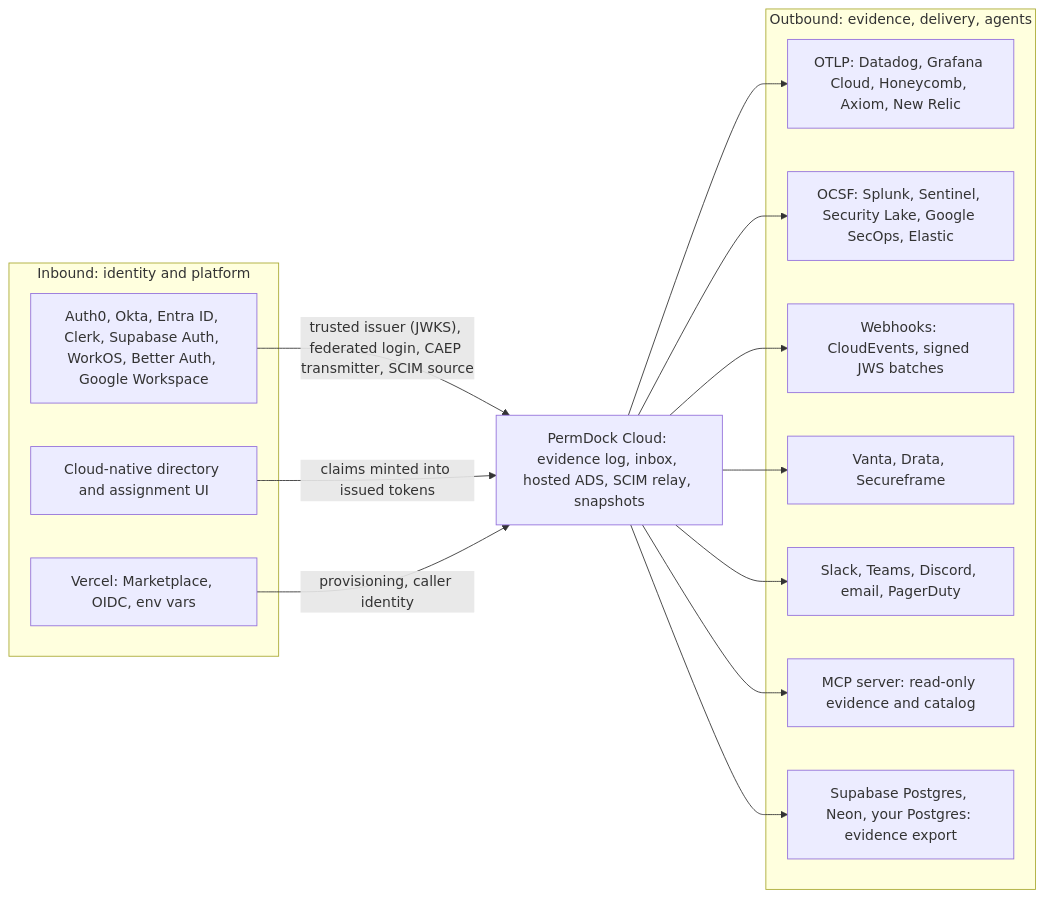
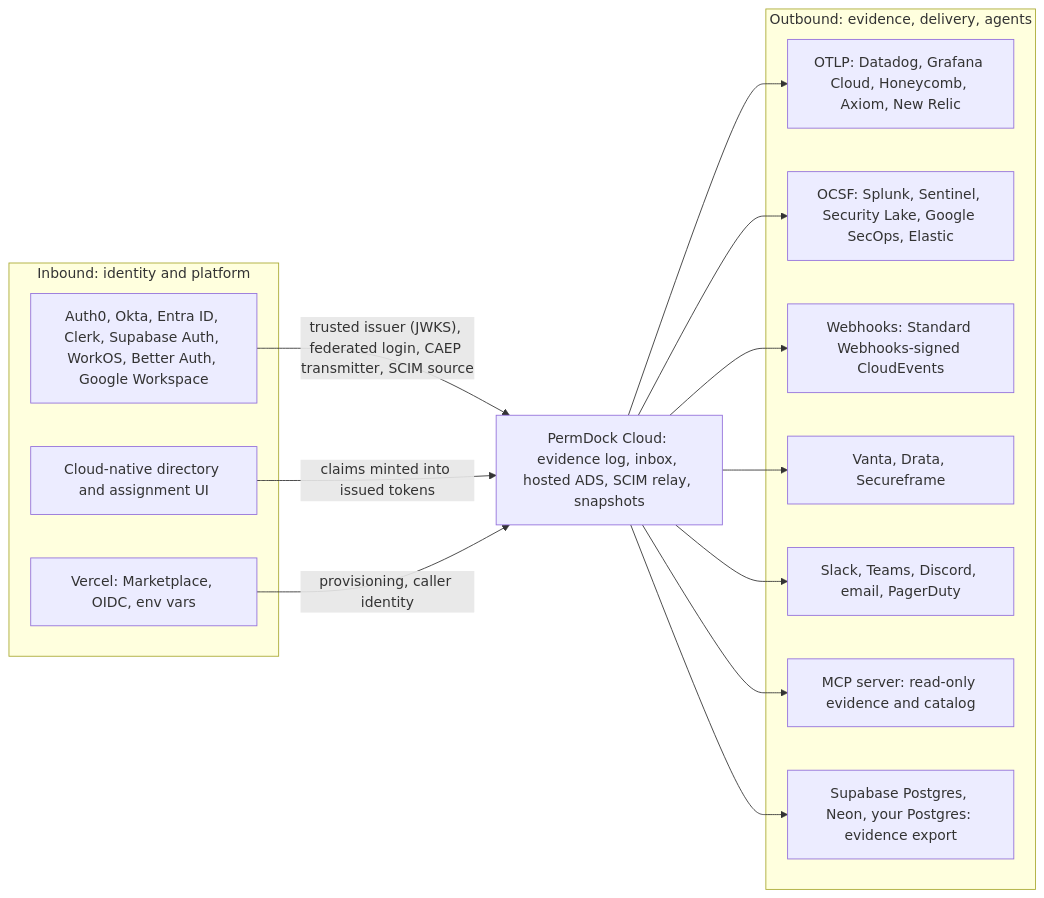
One commit to ScaleDockHQ/permdock changed the diagram in apps/docs/content/docs/adapters/cloud-integrations.mdx. Above: the diagram before and after it, drawn with Mermaid. The commit also changed 9 other files, not shown here.

````diff
--- a/apps/docs/content/docs/adapters/cloud-integrations.mdx
+++ b/apps/docs/content/docs/adapters/cloud-integrations.mdx
@@ -13,28 +13,28 @@
 ```mermaid
 flowchart LR
   subgraph inbound [Inbound: identity and platform]
     Idp["Auth0, Okta, Entra ID, Clerk, Supabase Auth, WorkOS, Better Auth, Google Workspace"]
     NativeDir["Cloud-native directory and assignment UI"]
     Vercel["Vercel: Marketplace, OIDC, env vars"]
   end
   Cloud["PermDock Cloud: evidence log, inbox, hosted ADS, SCIM relay, snapshots"]
   subgraph outbound [Outbound: evidence, delivery, agents]
     Otel["OTLP: Datadog, Grafana Cloud, Honeycomb, Axiom, New Relic"]
     Siem["OCSF: Splunk, Sentinel, Security Lake, Google SecOps, Elastic"]
-    Hooks["Webhooks: CloudEvents, signed JWS batches"]
+    Hooks["Webhooks: Standard Webhooks-signed CloudEvents"]
     Compliance["Vanta, Drata, Secureframe"]
     Chat["Slack, Teams, Discord, email, PagerDuty"]
     Mcp["MCP server: read-only evidence and catalog"]
     Db["Supabase Postgres, Neon, your Postgres: evidence export"]
   end
   Idp -->|"trusted issuer (JWKS), federated login, CAEP transmitter, SCIM source"| Cloud
   NativeDir -->|"claims minted into issued tokens"| Cloud
   Vercel -->|"provisioning, caller identity"| Cloud
   Cloud --> Otel
   Cloud --> Siem
   Cloud --> Hooks
   Cloud --> Compliance
   Cloud --> Chat
   Cloud --> Mcp
   Cloud --> Db
 ```
````
